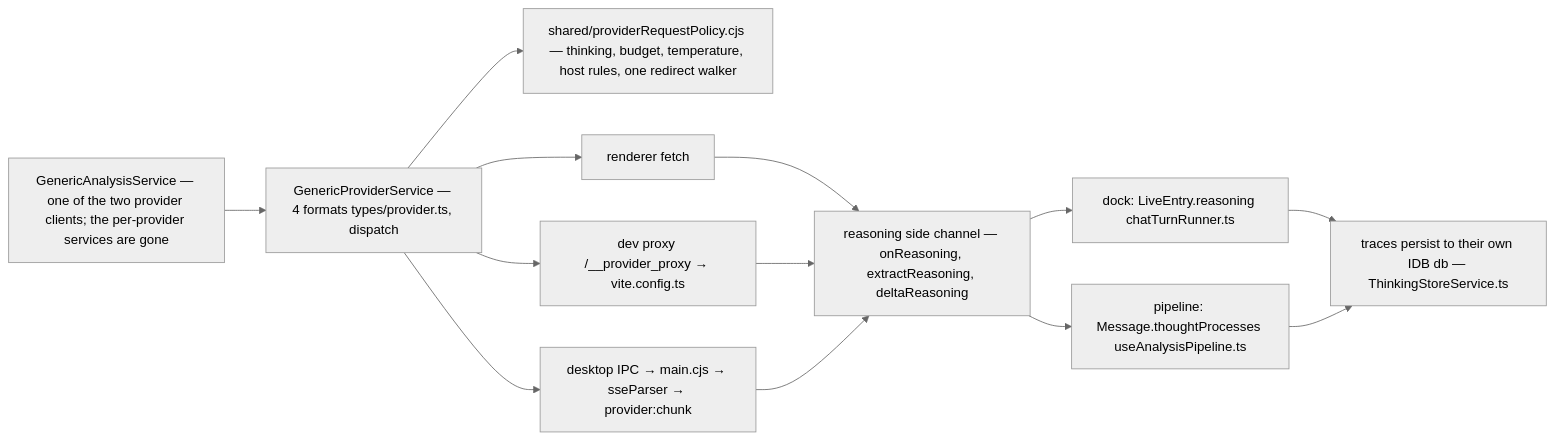
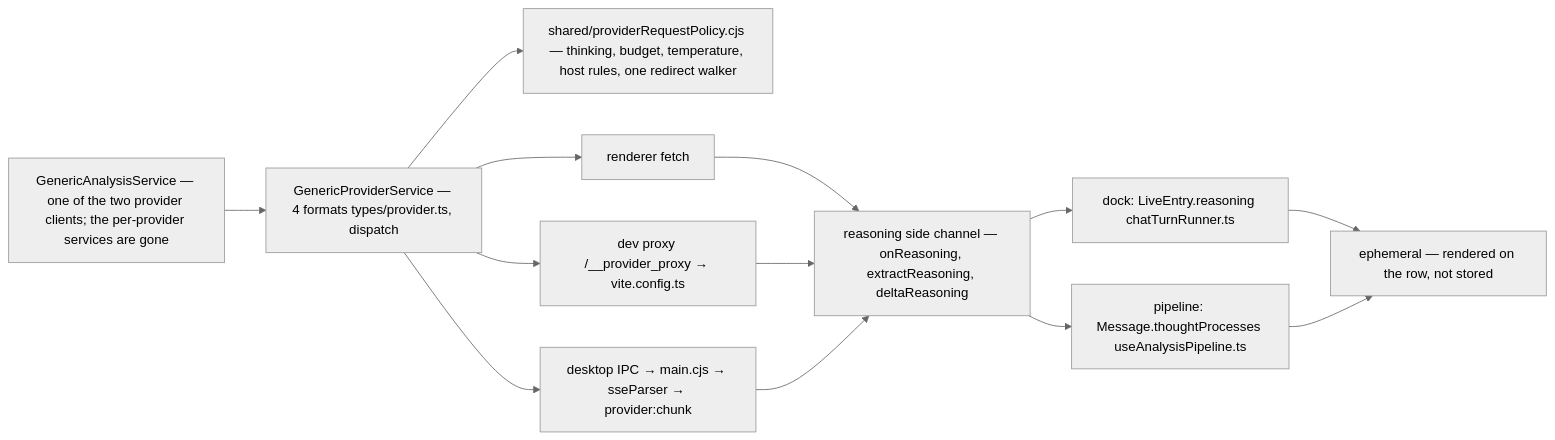
The seventh of 8 diagrams in docs/architecture/system-map.md (KILLER3UG/augustTrading), drawn with Mermaid (neutral theme) before and after one commit. The commit also changed other lines of this file and 10 other files, not shown here.

````diff
--- a/docs/architecture/system-map.md
+++ b/docs/architecture/system-map.md
@@ -452,15 +452,15 @@
 ```mermaid
 flowchart LR
     GA["GenericAnalysisService — one of the two provider clients; the per-provider services are gone"] --> GP["GenericProviderService — 4 formats types/provider.ts, dispatch"]
     GP --> PO["shared/providerRequestPolicy.cjs — thinking, budget, temperature, host rules, one redirect walker"]
     GP --> W1["renderer fetch"]
     GP --> W2["dev proxy /__provider_proxy → vite.config.ts"]
     GP --> W3["desktop IPC → main.cjs → sseParser → provider:chunk"]
     W1 --> RS["reasoning side channel — onReasoning, extractReasoning, deltaReasoning"]
     W2 --> RS
     W3 --> RS
     RS --> D1["dock: LiveEntry.reasoning chatTurnRunner.ts"]
     RS --> D2["pipeline: Message.thoughtProcesses useAnalysisPipeline.ts"]
-    D1 --> TS["traces persist to their own IDB db — ThinkingStoreService.ts"]
-    D2 --> TS
+    D1 --> E["ephemeral — rendered on the row, not stored"]
+    D2 --> E
 ```
````
